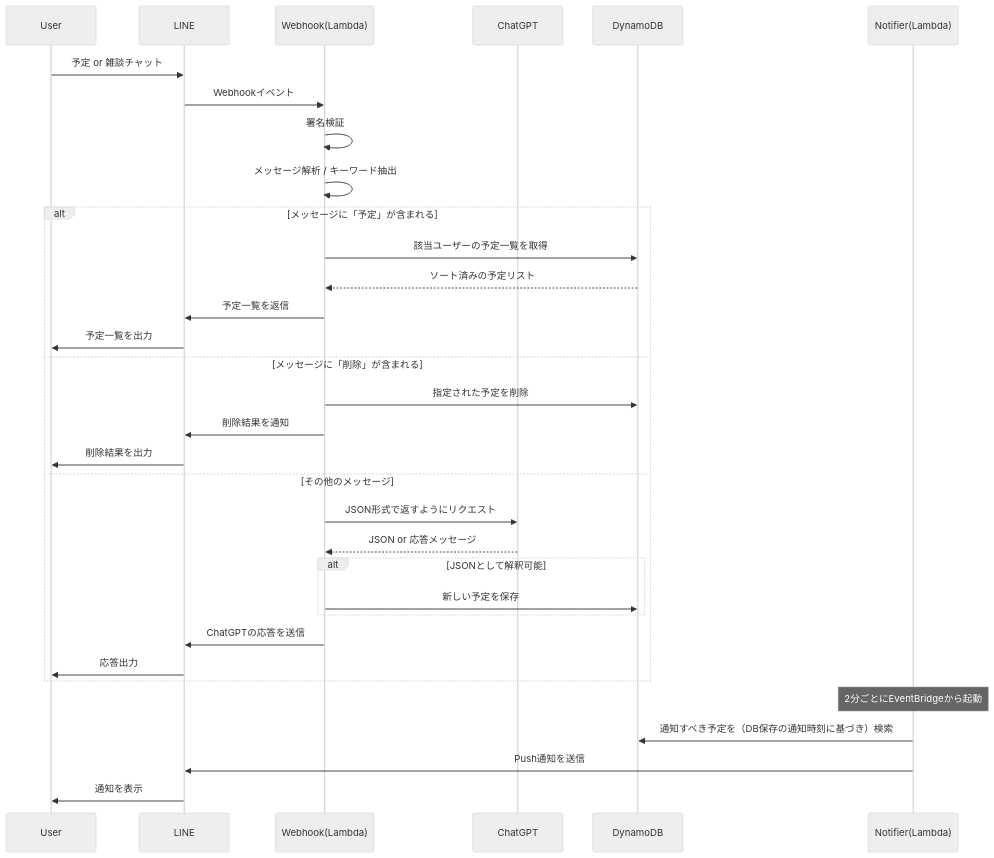
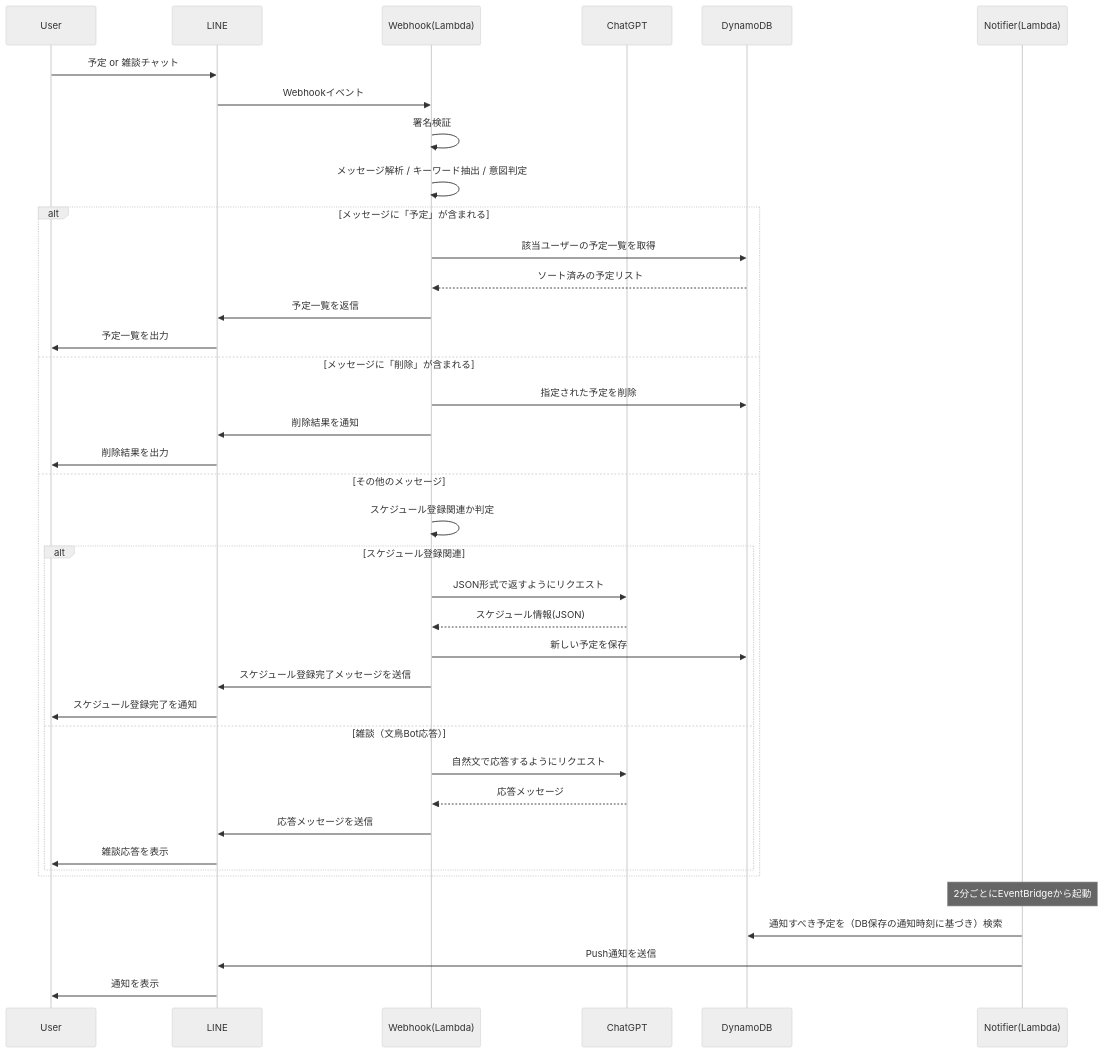
One commit to hikarin0711/line-chatbird-planner changed the diagram in README.md. Above: the diagram before and after it, drawn with Mermaid (neutral theme).

Commit message:
Update README.md
スケジュール登録、雑談応答フローの誤りを修正

````diff
--- a/README.md
+++ b/README.md
@@ -29,38 +29,46 @@
 ```mermaid
 sequenceDiagram
   participant User
   participant LINE
   participant Webhook(Lambda)
   participant ChatGPT
   participant DynamoDB
   participant Notifier(Lambda)
 
   User->>LINE: 予定 or 雑談チャット
   LINE->>Webhook(Lambda): Webhookイベント
   Webhook(Lambda)->>Webhook(Lambda): 署名検証
-  Webhook(Lambda)->>Webhook(Lambda): メッセージ解析 / キーワード抽出
+  Webhook(Lambda)->>Webhook(Lambda): メッセージ解析 / キーワード抽出 / 意図判定
 
   alt メッセージに「予定」が含まれる
     Webhook(Lambda)->>DynamoDB: 該当ユーザーの予定一覧を取得
     DynamoDB-->>Webhook(Lambda): ソート済みの予定リスト
     Webhook(Lambda)->>LINE: 予定一覧を返信
     LINE->>User: 予定一覧を出力
   else メッセージに「削除」が含まれる
     Webhook(Lambda)->>DynamoDB: 指定された予定を削除
     Webhook(Lambda)->>LINE: 削除結果を通知
     LINE->>User: 削除結果を出力
   else その他のメッセージ
-    Webhook(Lambda)->>ChatGPT: JSON形式で返すようにリクエスト
-    ChatGPT-->>Webhook(Lambda): JSON or 応答メッセージ
-    alt JSONとして解釈可能
+    Webhook(Lambda)->>Webhook(Lambda): スケジュール登録関連か判定
+
+    alt スケジュール登録関連
+      Webhook(Lambda)->>ChatGPT: JSON形式で返すようにリクエスト
+      ChatGPT-->>Webhook(Lambda): スケジュール情報(JSON)
       Webhook(Lambda)->>DynamoDB: 新しい予定を保存
+      Webhook(Lambda)->>LINE: スケジュール登録完了メッセージを送信
+      LINE->>User: スケジュール登録完了を通知
+
+    else 雑談（文鳥Bot応答）
+      Webhook(Lambda)->>ChatGPT: 自然文で応答するようにリクエスト
+      ChatGPT-->>Webhook(Lambda): 応答メッセージ
+      Webhook(Lambda)->>LINE: 応答メッセージを送信
+      LINE->>User: 雑談応答を表示
     end
-    Webhook(Lambda)->>LINE: ChatGPTの応答を送信
-    LINE->>User: 応答出力
   end
 
   Note over Notifier(Lambda): 2分ごとにEventBridgeから起動
   Notifier(Lambda)->>DynamoDB: 通知すべき予定を（DB保存の通知時刻に基づき）検索
   Notifier(Lambda)->>LINE: Push通知を送信
   LINE->>User: 通知を表示
 ```
````
